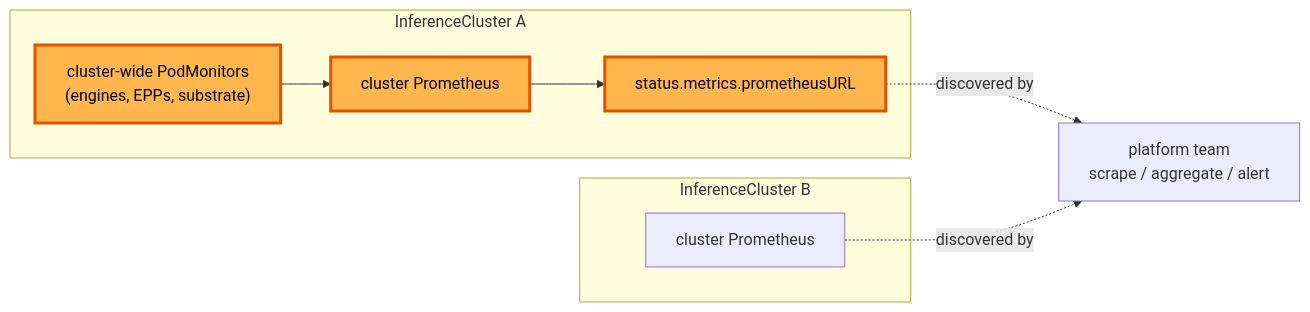
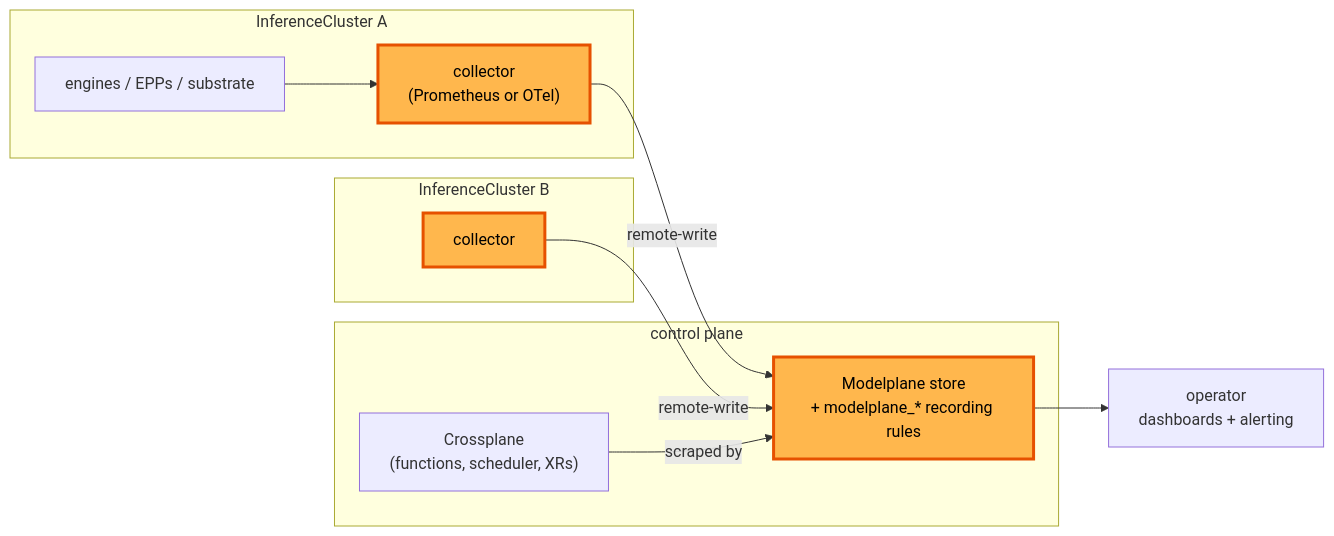
The diagram in design/metrics.md (modelplaneai/modelplane), drawn with Mermaid before and after one commit. The commit also changed other lines of this file, not shown here.

First line of the commit message:
Aggregate metrics up to a Modelplane-level view

````diff
--- a/design/metrics.md
+++ b/design/metrics.md
@@ -161,18 +122,22 @@
 ```mermaid
 flowchart LR
     subgraph icA["InferenceCluster A"]
-        PMA["cluster-wide PodMonitors\n(engines, EPPs, substrate)"]
-        PRA["cluster Prometheus"]
-        STA["status.metrics.prometheusURL"]
+        SA["engines / EPPs / substrate"]
+        CA["collector\n(Prometheus or OTel)"]
     end
     subgraph icB["InferenceCluster B"]
-        PRB["cluster Prometheus"]
+        CB["collector"]
     end
-    PT["platform team\nscrape / aggregate / alert"]
-    PMA --> PRA
-    PRA --> STA
-    STA -.discovered by.-> PT
-    PRB -.discovered by.-> PT
+    subgraph cp["control plane"]
+        XP["Crossplane\n(functions, scheduler, XRs)"]
+        CENT["Modelplane store\n+ modelplane_* recording rules"]
+    end
+    OP["operator\ndashboards + alerting"]
+    SA --> CA
+    CA -->|remote-write| CENT
+    CB -->|remote-write| CENT
+    XP -->|scraped by| CENT
+    CENT --> OP
     classDef new fill:#ffb74d,stroke:#e65100,stroke-width:3px,color:#000;
-    class PMA,PRA,STA new
+    class CENT,CA,CB new
 ```
````
